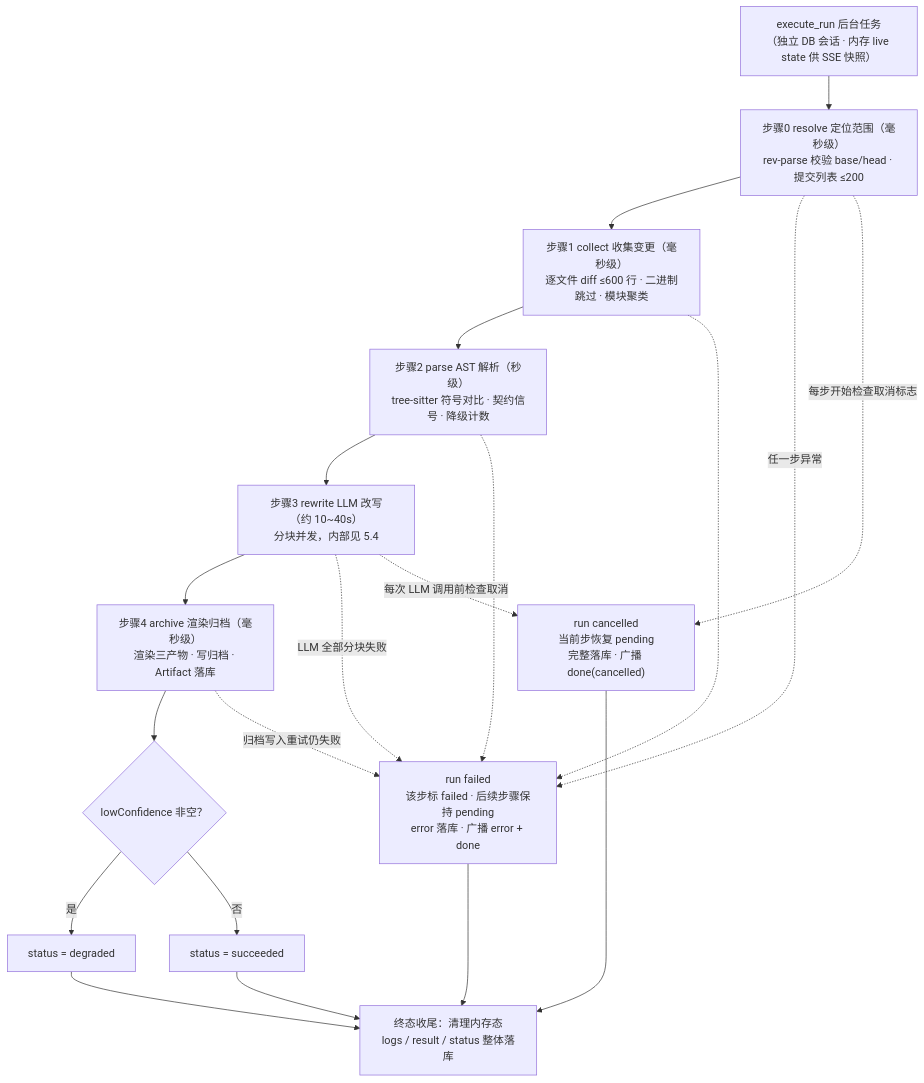
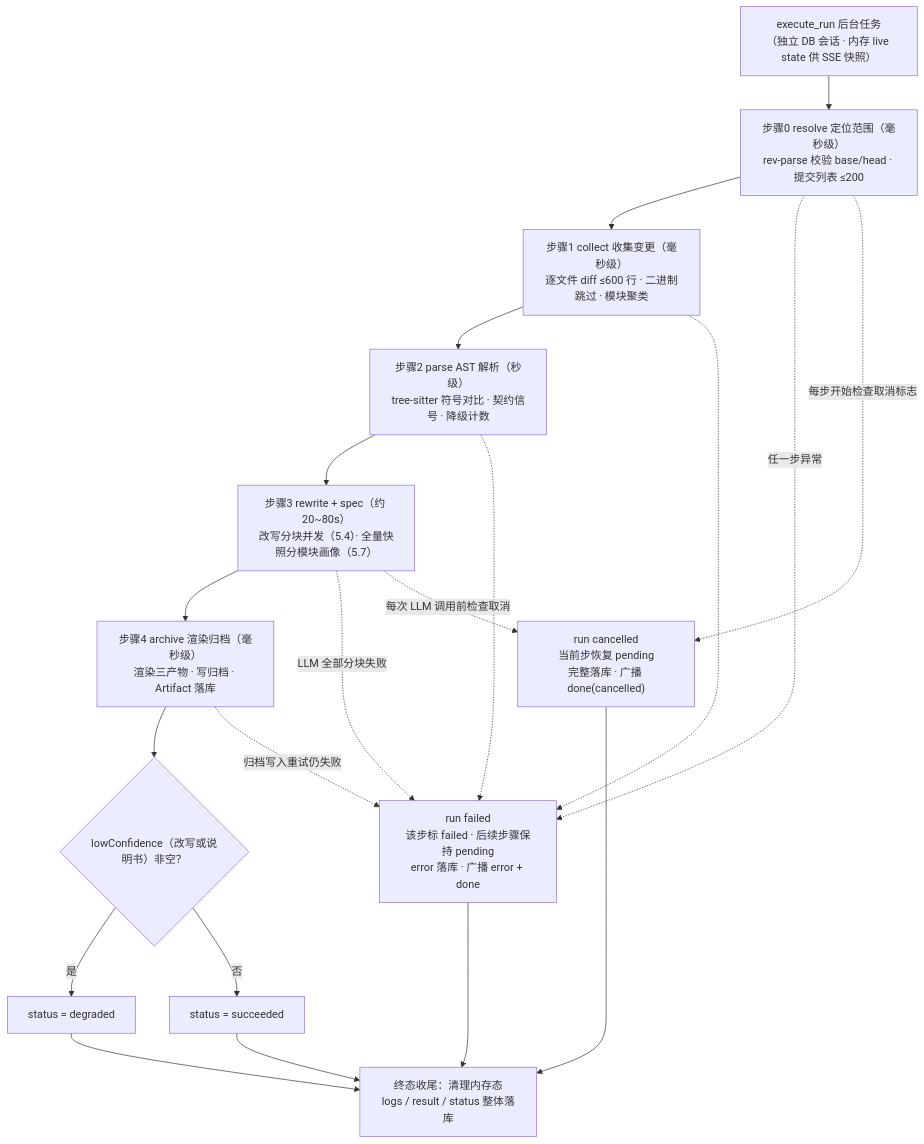
One commit to Jimmy-CH/ai-practice changed the fourth of 9 diagrams in doc-release/docs/产品说明.md. Above: the diagram before and after it, drawn with Mermaid. The commit also changed other lines of this file and 22 other files, not shown here.

````diff
--- a/doc-release/docs/产品说明.md
+++ b/doc-release/docs/产品说明.md
@@ -188,29 +190,29 @@
 ```mermaid
 flowchart TD
     S0["execute_run 后台任务<br/>（独立 DB 会话 · 内存 live state 供 SSE 快照）"]
     S1["步骤0 resolve 定位范围（毫秒级）<br/>rev-parse 校验 base/head · 提交列表 ≤200"]
     S2["步骤1 collect 收集变更（毫秒级）<br/>逐文件 diff ≤600 行 · 二进制跳过 · 模块聚类"]
     S3["步骤2 parse AST 解析（秒级）<br/>tree-sitter 符号对比 · 契约信号 · 降级计数"]
-    S4["步骤3 rewrite LLM 改写（约 10~40s）<br/>分块并发，内部见 5.4"]
+    S4["步骤3 rewrite + spec（约 20~80s）<br/>改写分块并发（5.4）· 全量快照分模块画像（5.7）"]
     S5["步骤4 archive 渲染归档（毫秒级）<br/>渲染三产物 · 写归档 · Artifact 落库"]
-    S6{"lowConfidence 非空？"}
+    S6{"lowConfidence（改写或说明书）非空？"}
     S7["status = degraded"]
     S8["status = succeeded"]
     X["run failed<br/>该步标 failed · 后续步骤保持 pending<br/>error 落库 · 广播 error + done"]
     Y["run cancelled<br/>当前步恢复 pending<br/>完整落库 · 广播 done(cancelled)"]
     Z["终态收尾：清理内存态<br/>logs / result / status 整体落库"]
     S0 --> S1 --> S2 --> S3 --> S4 --> S5 --> S6
     S6 -->|"是"| S7
     S6 -->|"否"| S8
     S1 -. 任一步异常 .-> X
     S2 -.-> X
     S3 -.-> X
     S4 -. LLM 全部分块失败 .-> X
     S5 -. 归档写入重试仍失败 .-> X
     S1 -. 每步开始检查取消标志 .-> Y
     S4 -. 每次 LLM 调用前检查取消 .-> Y
     S7 --> Z
     S8 --> Z
     X --> Z
     Y --> Z
 ```
````
